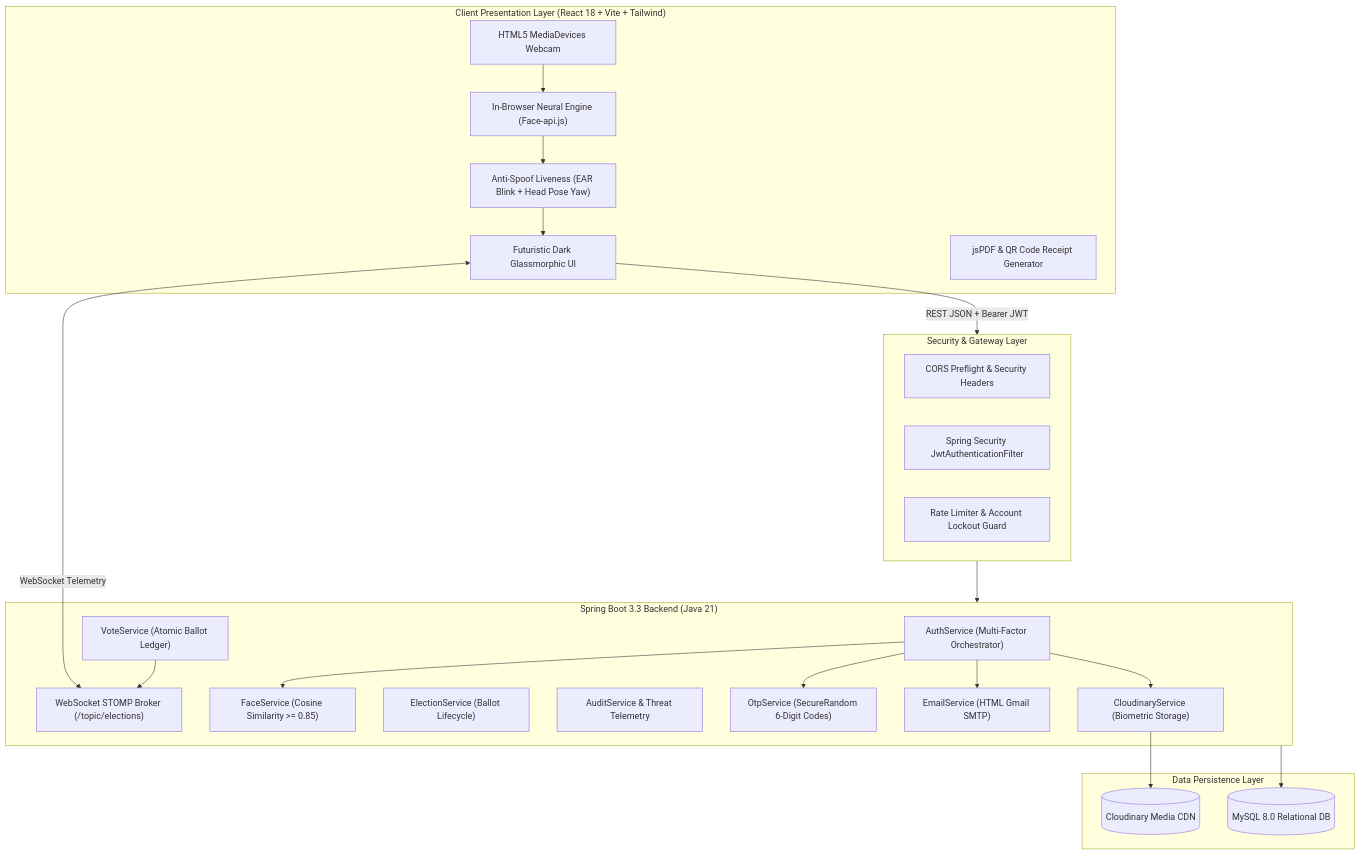
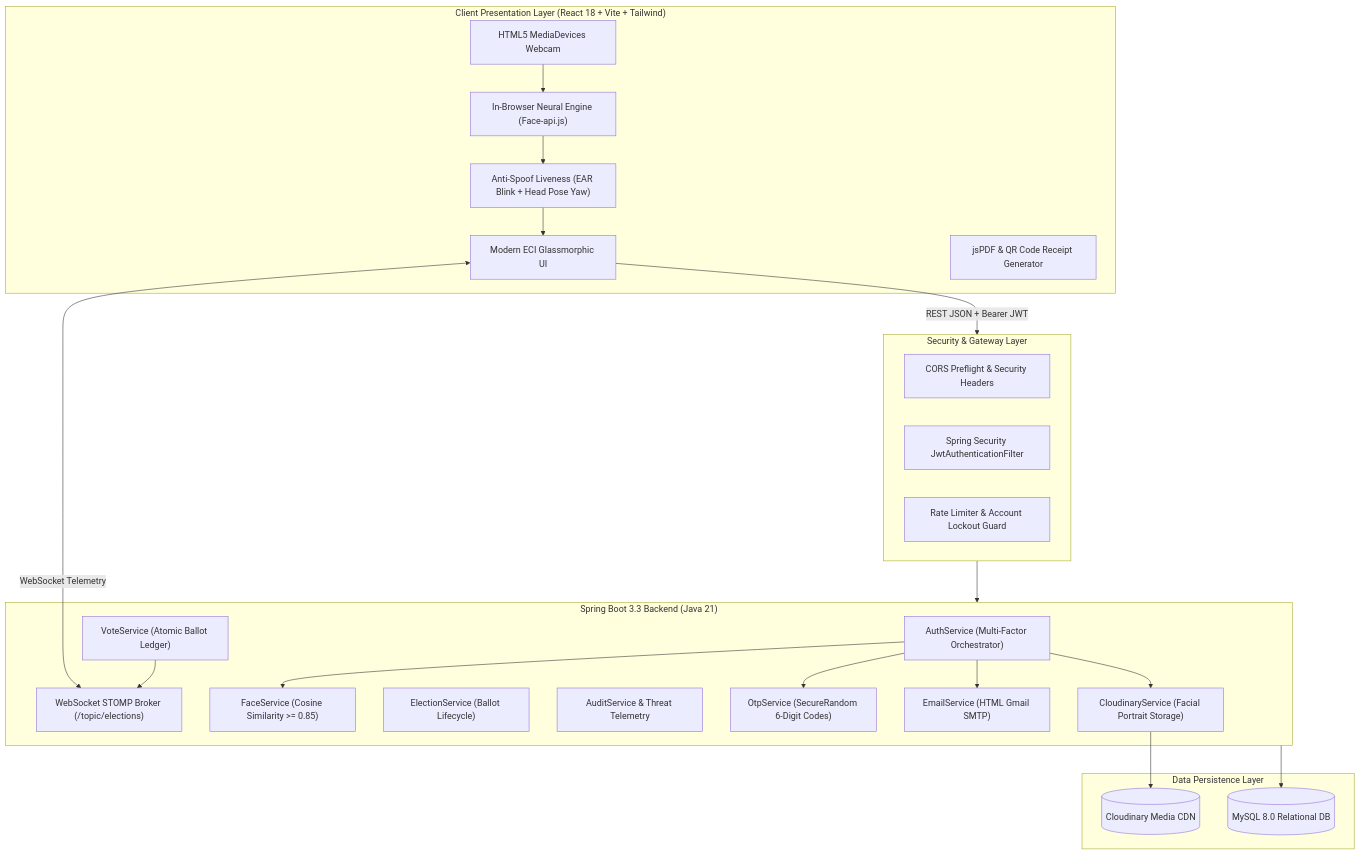
One commit to ManoharAkuthota/SmartVote-AI changed the first of 3 diagrams in SYSTEM_ARCHITECTURE.md. Above: the diagram before and after it, drawn with Mermaid. The commit also changed other lines of this file and 25 other files, not shown here.

Commit message:
feat: migrate biometric to facial security across codebase, polish app-like mobile & desktop UI, verify E2E

````diff
--- a/SYSTEM_ARCHITECTURE.md
+++ b/SYSTEM_ARCHITECTURE.md
@@ -11,47 +11,47 @@
 ```mermaid
 graph TD
     subgraph ClientLayer ["Client Presentation Layer (React 18 + Vite + Tailwind)"]
-        UI["Futuristic Dark Glassmorphic UI"]
+        UI["Modern ECI Glassmorphic UI"]
         Webcam["HTML5 MediaDevices Webcam"]
         FaceEngine["In-Browser Neural Engine (Face-api.js)"]
         Liveness["Anti-Spoof Liveness (EAR Blink + Head Pose Yaw)"]
         ReceiptGen["jsPDF & QR Code Receipt Generator"]
     end
 
     subgraph SecurityGateway ["Security & Gateway Layer"]
         CORS["CORS Preflight & Security Headers"]
         JWTFilter["Spring Security JwtAuthenticationFilter"]
         RateLimit["Rate Limiter & Account Lockout Guard"]
     end
 
     subgraph CoreBackend ["Spring Boot 3.3 Backend (Java 21)"]
         AuthSvc["AuthService (Multi-Factor Orchestrator)"]
         FaceSvc["FaceService (Cosine Similarity >= 0.85)"]
         OtpSvc["OtpService (SecureRandom 6-Digit Codes)"]
         VoteSvc["VoteService (Atomic Ballot Ledger)"]
         ElectionSvc["ElectionService (Ballot Lifecycle)"]
         AuditSvc["AuditService & Threat Telemetry"]
-        CloudinarySvc["CloudinaryService (Biometric Storage)"]
+        CloudinarySvc["CloudinaryService (Facial Portrait Storage)"]
         EmailSvc["EmailService (HTML Gmail SMTP)"]
         WSServer["WebSocket STOMP Broker (/topic/elections)"]
     end
 
     subgraph DataStorage ["Data Persistence Layer"]
         MySQL[(MySQL 8.0 Relational DB)]
         Cloudinary[(Cloudinary Media CDN)]
     end
 
     Webcam --> FaceEngine
     FaceEngine --> Liveness
     Liveness --> UI
     UI -->|REST JSON + Bearer JWT| SecurityGateway
     UI <-->|WebSocket Telemetry| WSServer
     SecurityGateway --> CoreBackend
     AuthSvc --> FaceSvc
     AuthSvc --> OtpSvc
     AuthSvc --> EmailSvc
     AuthSvc --> CloudinarySvc
     VoteSvc --> WSServer
     CoreBackend --> MySQL
     CloudinarySvc --> Cloudinary
 ```
````
